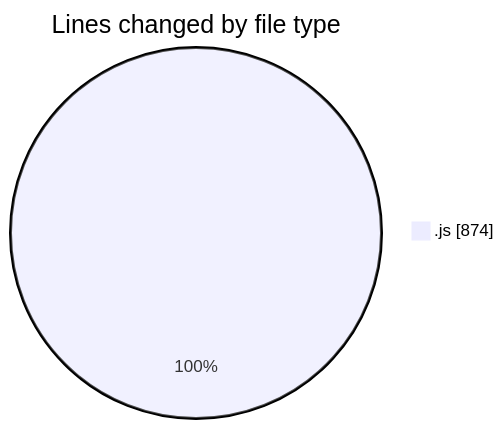
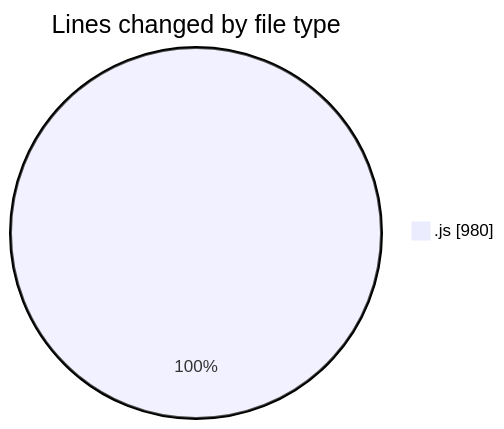
The first of 2 diagrams in 2025-09-08/cashcalculator/README.md (nxtqubesakshisongat/code-tracking), drawn with Mermaid before and after one commit. The commit also changed other lines of this file and 1 other file, not shown here.

````diff
--- a/2025-09-08/cashcalculator/README.md
+++ b/2025-09-08/cashcalculator/README.md
@@ -20,5 +20,5 @@
 ```mermaid
 pie showData
 title Lines changed by file type
-".js" : 874
+".js" : 980
 ```
````
